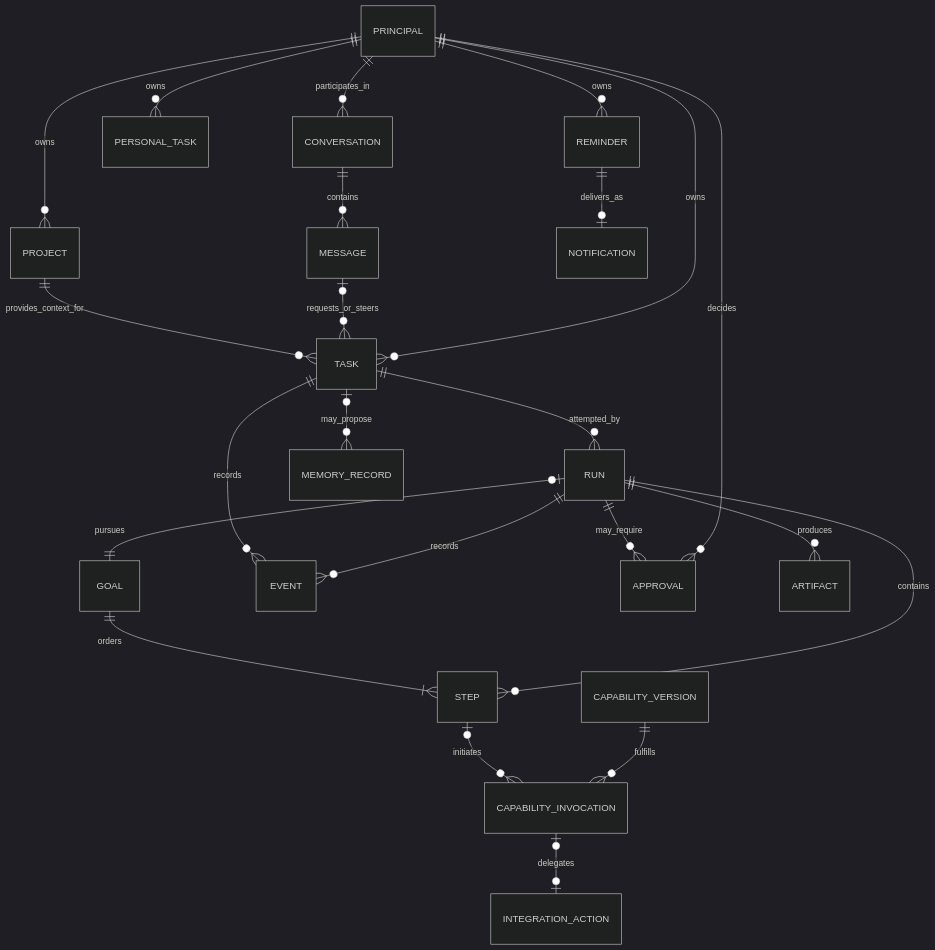
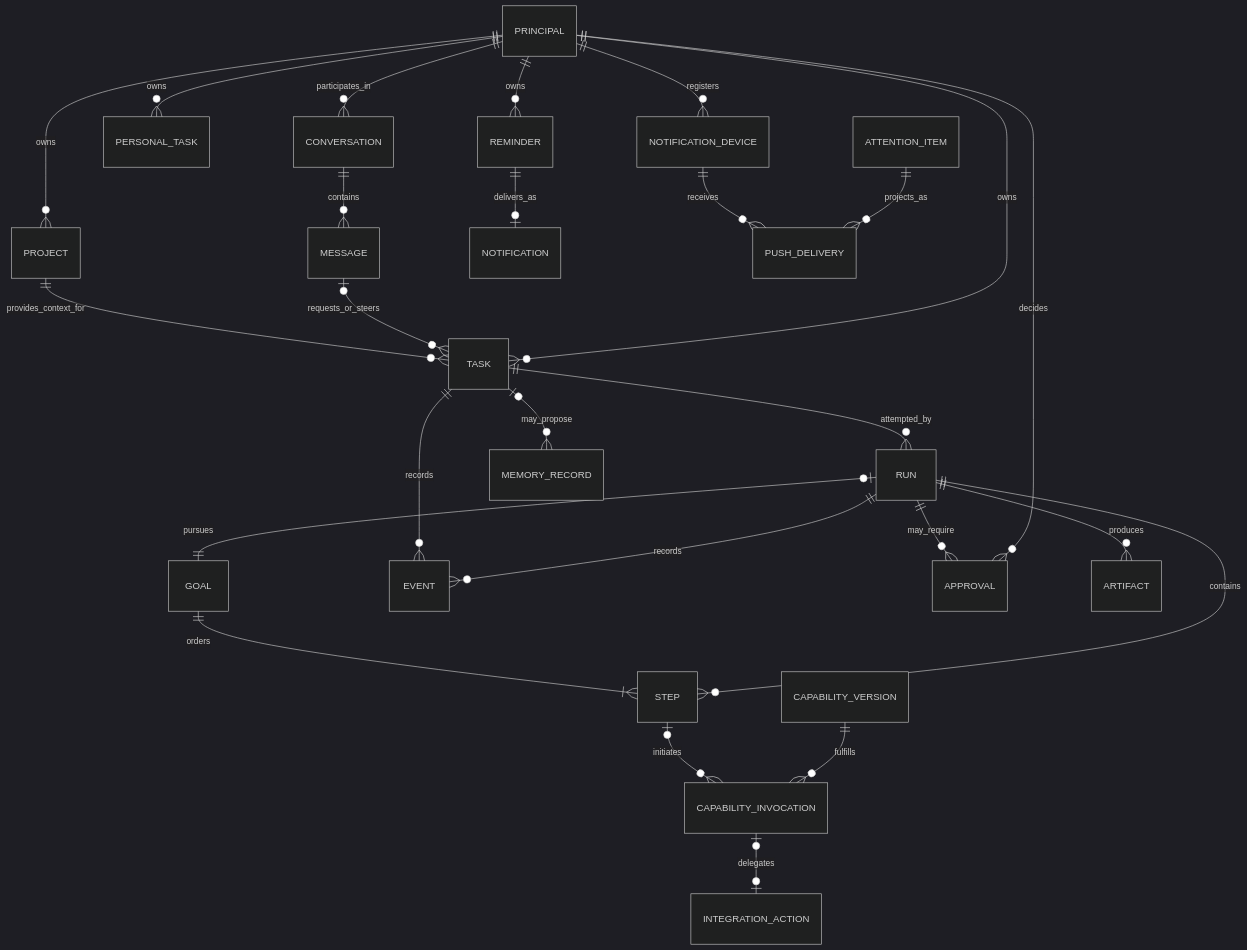
One commit to 4romgod/vera changed the first of 3 diagrams in docs/domain-model.md. Above: the diagram before and after it, drawn with Mermaid (dark theme). The commit also changed other lines of this file and 43 other files, not shown here.

````diff
--- a/docs/domain-model.md
+++ b/docs/domain-model.md
@@ -30,25 +30,28 @@
 ```mermaid
 erDiagram
     PRINCIPAL ||--o{ CONVERSATION : participates_in
     PRINCIPAL ||--o{ PROJECT : owns
     PROJECT ||--o{ TASK : provides_context_for
     CONVERSATION ||--o{ MESSAGE : contains
     MESSAGE o|--o{ TASK : requests_or_steers
     PRINCIPAL ||--o{ TASK : owns
     PRINCIPAL ||--o{ PERSONAL_TASK : owns
     PRINCIPAL ||--o{ REMINDER : owns
     REMINDER ||--o| NOTIFICATION : delivers_as
+    PRINCIPAL ||--o{ NOTIFICATION_DEVICE : registers
+    NOTIFICATION_DEVICE ||--o{ PUSH_DELIVERY : receives
+    ATTENTION_ITEM ||--o{ PUSH_DELIVERY : projects_as
     TASK ||--o{ RUN : attempted_by
     RUN o|--|| GOAL : pursues
     GOAL ||--|{ STEP : orders
     RUN ||--o{ STEP : contains
     STEP o|--o{ CAPABILITY_INVOCATION : initiates
     CAPABILITY_INVOCATION o|--o| INTEGRATION_ACTION : delegates
     CAPABILITY_VERSION ||--o{ CAPABILITY_INVOCATION : fulfills
     TASK ||--o{ EVENT : records
     RUN ||--o{ EVENT : records
     RUN ||--o{ APPROVAL : may_require
     RUN ||--o{ ARTIFACT : produces
     PRINCIPAL ||--o{ APPROVAL : decides
     TASK o|--o{ MEMORY_RECORD : may_propose
 ```
````
